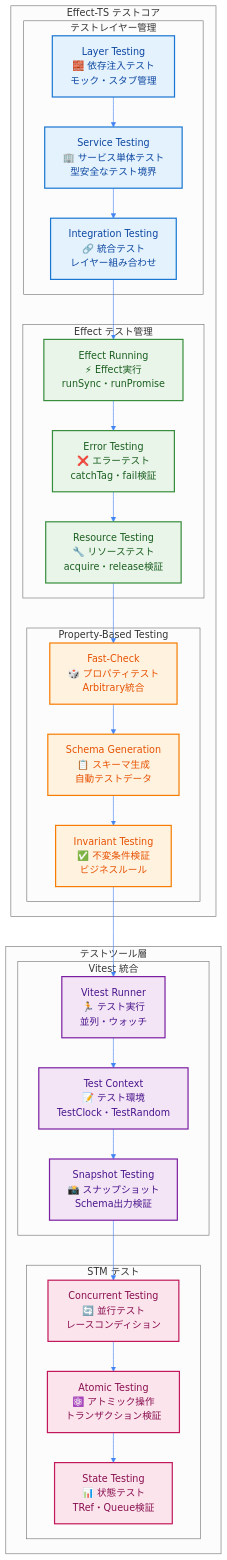
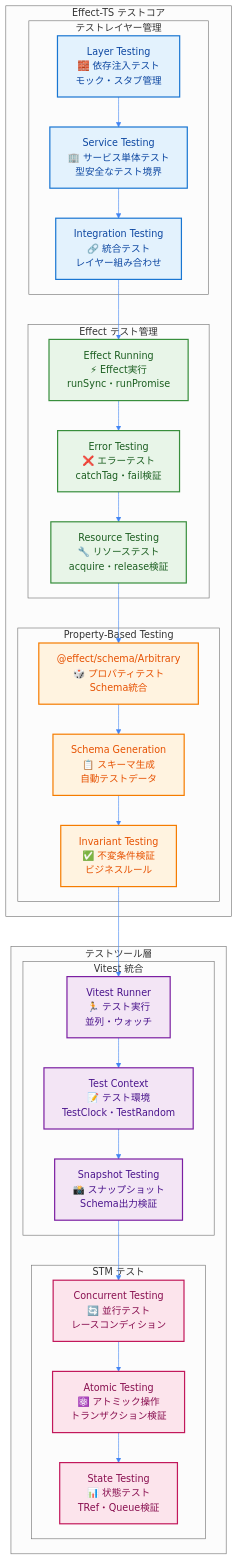
One commit to takeokunn/ts-minecraft changed the first of 2 diagrams in docs/tutorials/effect-ts-fundamentals/effect-ts-testing.md. Above: the diagram before and after it, drawn with Mermaid. The commit also changed other lines of this file and 11 other files, not shown here.

````diff
--- a/docs/tutorials/effect-ts-fundamentals/effect-ts-testing.md
+++ b/docs/tutorials/effect-ts-fundamentals/effect-ts-testing.md
@@ -62,68 +62,69 @@
 ```mermaid
 %%{init: {"theme": "neutral", "themeVariables": {"primaryColor": "#4285f4", "primaryTextColor": "#ffffff", "primaryBorderColor": "#ffffff", "lineColor": "#4285f4", "sectionBkgColor": "#f5f7fa", "tertiaryColor": "#f5f7fa"}}}%%
 graph TB
     subgraph TestCore ["Effect-TS テストコア"]
         subgraph TestLayers ["テストレイヤー管理"]
             LayerTest["Layer Testing<br/>🧱 依存注入テスト<br/>モック・スタブ管理"]
             ServiceTest["Service Testing<br/>🏢 サービス単体テスト<br/>型安全なテスト境界"]
             IntegrationTest["Integration Testing<br/>🔗 統合テスト<br/>レイヤー組み合わせ"]
         end
 
         subgraph EffectTest ["Effect テスト管理"]
             EffectRunning["Effect Running<br/>⚡ Effect実行<br/>runSync・runPromise"]
             ErrorTesting["Error Testing<br/>❌ エラーテスト<br/>catchTag・fail検証"]
             ResourceTesting["Resource Testing<br/>🔧 リソーステスト<br/>acquire・release検証"]
         end
 
         subgraph PropertyTest ["Property-Based Testing"]
-            FastCheck["Fast-Check<br/>🎲 プロパティテスト<br/>Arbitrary統合"]
+            ArbitraryGen["@effect/schema/Arbitrary<br/>🎲 プロパティテスト<br/>Schema統合"]
             SchemaGen["Schema Generation<br/>📋 スキーマ生成<br/>自動テストデータ"]
             Invariants["Invariant Testing<br/>✅ 不変条件検証<br/>ビジネスルール"]
         end
     end
 
     subgraph TestTools ["テストツール層"]
         subgraph VitestIntegration ["Vitest 統合"]
             VitestRunner["Vitest Runner<br/>🏃 テスト実行<br/>並列・ウォッチ"]
             TestContext["Test Context<br/>📝 テスト環境<br/>TestClock・TestRandom"]
             SnapshotTest["Snapshot Testing<br/>📸 スナップショット<br/>Schema出力検証"]
         end
 
         subgraph STMTest ["STM テスト"]
             ConcurrentTest["Concurrent Testing<br/>🔄 並行テスト<br/>レースコンディション"]
             AtomicTest["Atomic Testing<br/>⚛️ アトミック操作<br/>トランザクション検証"]
             StateTest["State Testing<br/>📊 状態テスト<br/>TRef・Queue検証"]
         end
     end
 
     LayerTest --> ServiceTest
     ServiceTest --> IntegrationTest
     IntegrationTest --> EffectRunning
 
     EffectRunning --> ErrorTesting
     ErrorTesting --> ResourceTesting
-    ResourceTesting --> FastCheck
+    ResourceTesting --> ArbitraryGen
 
-    FastCheck --> SchemaGen
+    ArbitraryGen --> SchemaGen
     SchemaGen --> Invariants
 
     Invariants --> VitestRunner
     VitestRunner --> TestContext
     TestContext --> SnapshotTest
 
     SnapshotTest --> ConcurrentTest
     ConcurrentTest --> AtomicTest
     AtomicTest --> StateTest
 
     classDef layerStyle fill:#e3f2fd,stroke:#1976d2,stroke-width:2px,color:#0d47a1
     classDef effectStyle fill:#e8f5e8,stroke:#388e3c,stroke-width:2px,color:#1b5e20
     classDef propertyStyle fill:#fff3e0,stroke:#f57c00,stroke-width:2px,color:#e65100
+    classDef arbitraryStyle fill:#fff9c4,stroke:#ff9800,stroke-width:2px,color:#e65100
     classDef toolStyle fill:#f3e5f5,stroke:#7b1fa2,stroke-width:2px,color:#4a148c
     classDef stmStyle fill:#fce4ec,stroke:#c2185b,stroke-width:2px,color:#880e4f
 
     class LayerTest,ServiceTest,IntegrationTest layerStyle
     class EffectRunning,ErrorTesting,ResourceTesting effectStyle
-    class FastCheck,SchemaGen,Invariants propertyStyle
+    class ArbitraryGen,SchemaGen,Invariants propertyStyle
     class VitestRunner,TestContext,SnapshotTest toolStyle
     class ConcurrentTest,AtomicTest,StateTest stmStyle
 ```
````
